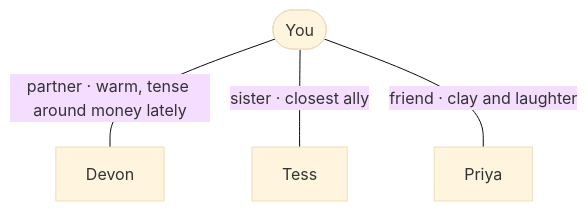
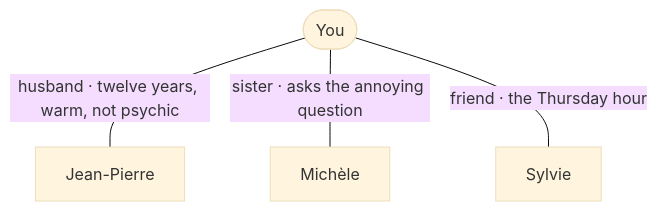
The diagram in demo/vault/people.md (abernier/claudia), drawn with Mermaid (base theme) before and after one commit. The commit also changed other lines of this file and 38 other files, not shown here.

````diff
--- a/demo/vault/people.md
+++ b/demo/vault/people.md
@@ -3,10 +3,10 @@
 ```mermaid
 graph TD
   ME(["You"])
-  ME ---|"partner · warm, tense around money lately"| DEV["Devon"]
-  ME ---|"sister · closest ally"| TESS["Tess"]
-  ME ---|"friend · clay and laughter"| PRI["Priya"]
-  click DEV "people/Devon.md"
-  click TESS "people/Tess.md"
-  click PRI "people/Priya.md"
+  ME ---|"husband · twelve years, warm, not psychic"| JP["Jean-Pierre"]
+  ME ---|"sister · asks the annoying question"| MIC["Michèle"]
+  ME ---|"friend · the Thursday hour"| SYL["Sylvie"]
+  click JP "people/Jean-Pierre.md"
+  click MIC "people/Michèle.md"
+  click SYL "people/Sylvie.md"
 ```
````
